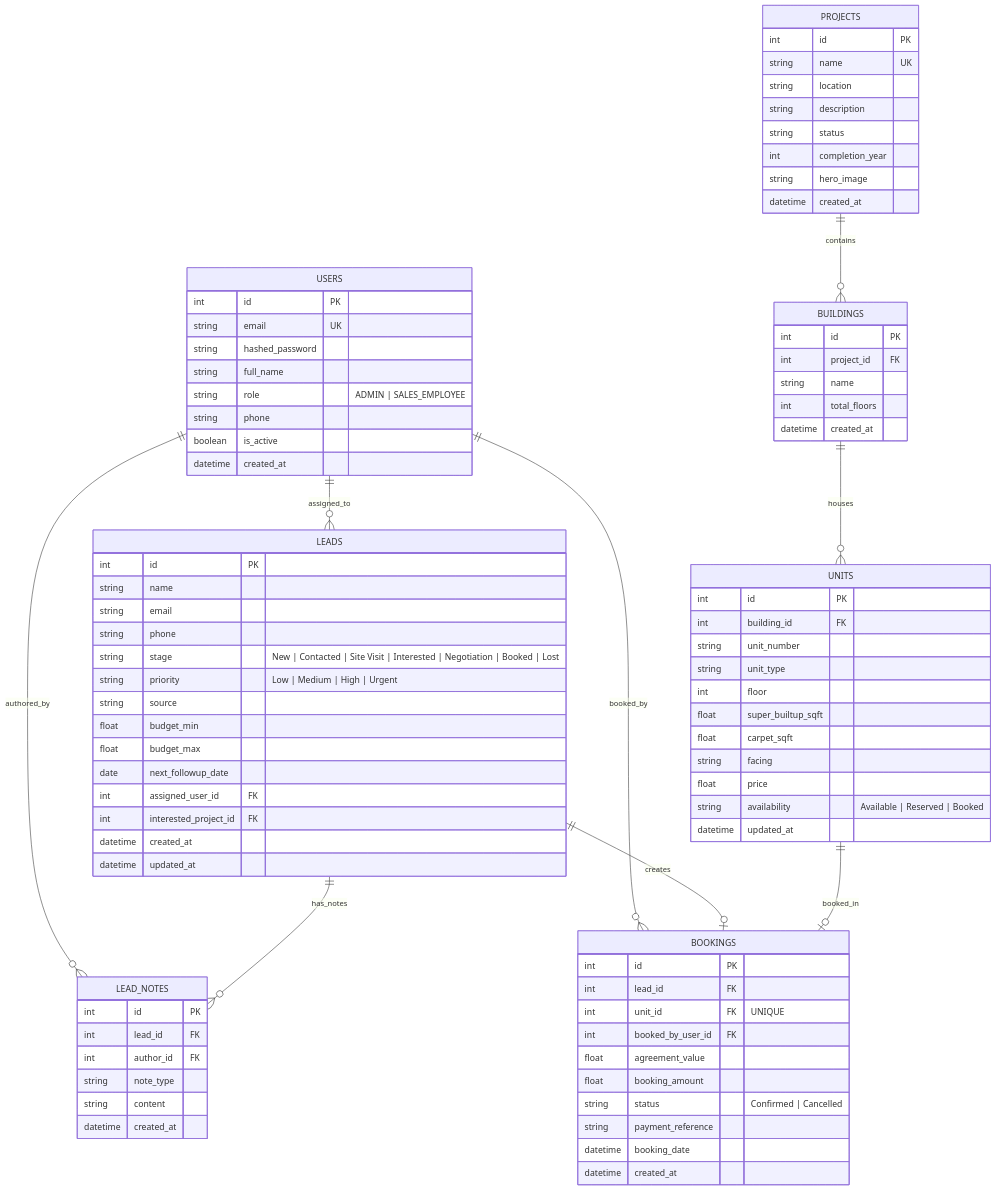
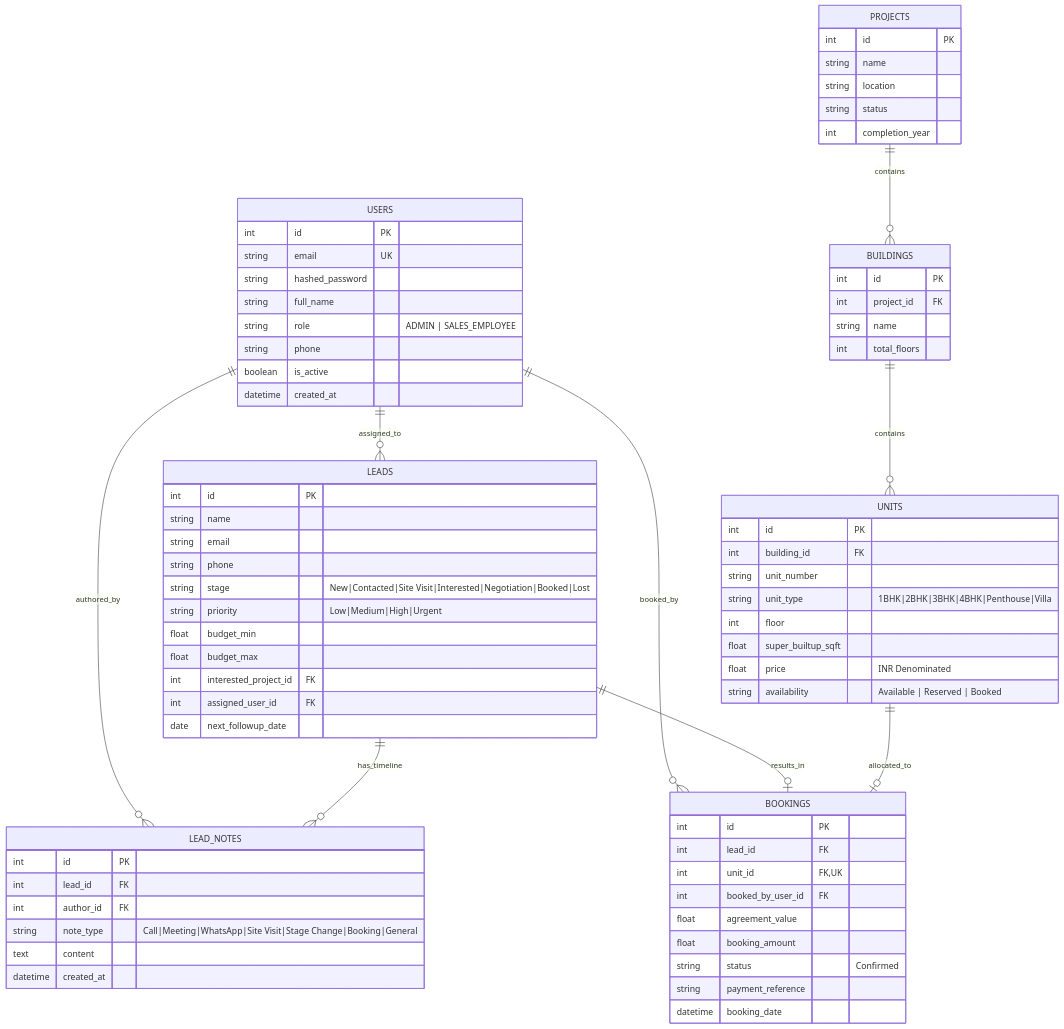
One commit to Yogesh-kk49/Real_estate_CRM changed the second of 2 diagrams in README.md. Above: the diagram before and after it, drawn with Mermaid. The commit also changed other lines of this file, not shown here.

Commit message:
docs: comprehensive README depicting features, architecture, setup, and credentials

````diff
--- a/README.md
+++ b/README.md
@@ -98,10 +120,10 @@
     USERS ||--o{ BOOKINGS : "booked_by"
     USERS ||--o{ LEAD_NOTES : "authored_by"
     PROJECTS ||--o{ BUILDINGS : "contains"
-    BUILDINGS ||--o{ UNITS : "houses"
-    LEADS ||--o{ LEAD_NOTES : "has_notes"
-    LEADS ||--o| BOOKINGS : "creates"
-    UNITS ||--o| BOOKINGS : "booked_in"
+    BUILDINGS ||--o{ UNITS : "contains"
+    LEADS ||--o{ LEAD_NOTES : "has_timeline"
+    LEADS ||--o| BOOKINGS : "results_in"
+    UNITS ||--o| BOOKINGS : "allocated_to"
 
     USERS {
         int id PK
@@ -116,13 +138,10 @@
 
     PROJECTS {
         int id PK
-        string name UK
+        string name
         string location
-        string description
         string status
         int completion_year
-        string hero_image
-        datetime created_at
     }
 
     BUILDINGS {
@@ -130,21 +149,17 @@
         int project_id FK
         string name
         int total_floors
-        datetime created_at
     }
 
     UNITS {
         int id PK
         int building_id FK
         string unit_number
-        string unit_type
+        string unit_type "1BHK|2BHK|3BHK|4BHK|Penthouse|Villa"
         int floor
         float super_builtup_sqft
-        float carpet_sqft
-        string facing
-        float price
+        float price "INR Denominated"
         string availability "Available | Reserved | Booked"
-        datetime updated_at
     }
 
     LEADS {
@@ -152,37 +167,33 @@
         string name
         string email
         string phone
-        string stage "New | Contacted | Site Visit | Interested | Negotiation | Booked | Lost"
-        string priority "Low | Medium | High | Urgent"
-        string source
+        string stage "New|Contacted|Site Visit|Interested|Negotiation|Booked|Lost"
+        string priority "Low|Medium|High|Urgent"
         float budget_min
         float budget_max
+        int interested_project_id FK
+        int assigned_user_id FK
         date next_followup_date
-        int assigned_user_id FK
-        int interested_project_id FK
-        datetime created_at
-        datetime updated_at
     }
 
     LEAD_NOTES {
         int id PK
         int lead_id FK
         int author_id FK
-        string note_type
-        string content
+        string note_type "Call|Meeting|WhatsApp|Site Visit|Stage Change|Booking|General"
+        text content
         datetime created_at
     }
 
     BOOKINGS {
         int id PK
         int lead_id FK
-        int unit_id FK "UNIQUE"
+        int unit_id FK, UK
         int booked_by_user_id FK
         float agreement_value
         float booking_amount
-        string status "Confirmed | Cancelled"
+        string status "Confirmed"
         string payment_reference
         datetime booking_date
-        datetime created_at
     }
 ```
````
